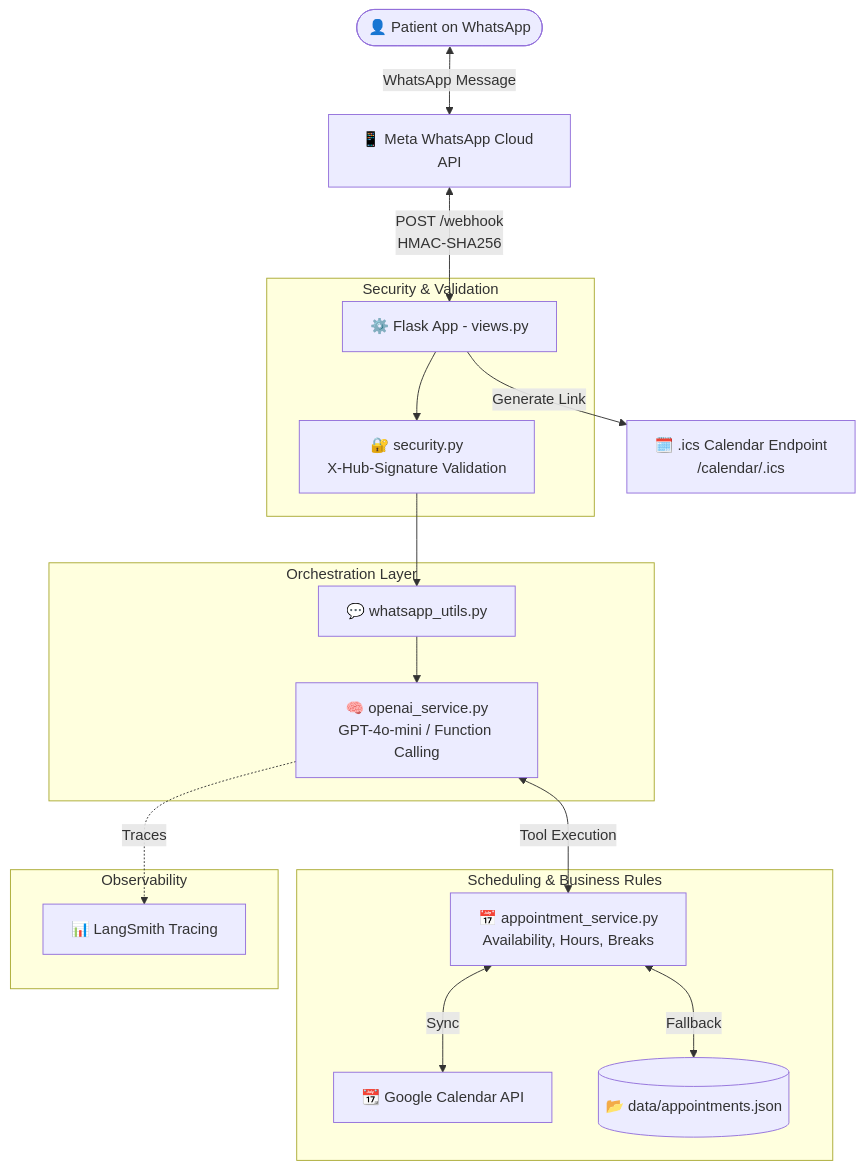
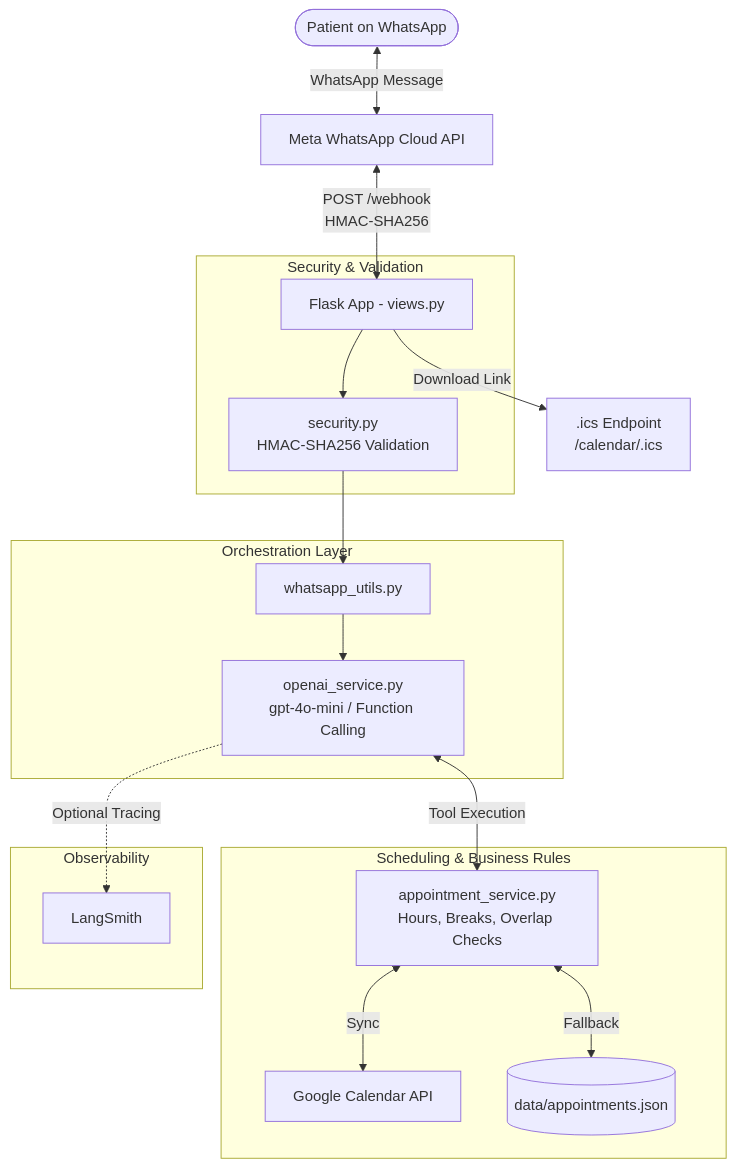
The diagram in README.md (kewingJ/whatsapp-dental-clinic-bot), drawn with Mermaid before and after one commit. The commit also changed other lines of this file and 6 other files, not shown here.

Commit message:
docs: polish README tone, add demo screenshot, standardize model to gpt-4o-mini and add unit tests

````diff
--- a/README.md
+++ b/README.md
@@ -32,26 +37,26 @@
 ```mermaid
 flowchart TD
-    User([👤 Patient on WhatsApp]) <-->|WhatsApp Message| Meta[📱 Meta WhatsApp Cloud API]
-    Meta <-->|POST /webhook\nHMAC-SHA256| Flask[⚙️ Flask App - views.py]
+    User([Patient on WhatsApp]) <-->|WhatsApp Message| Meta[Meta WhatsApp Cloud API]
+    Meta <-->|POST /webhook\nHMAC-SHA256| Flask[Flask App - views.py]
     
     subgraph Security & Validation
-        Flask --> Sec[🔐 security.py\nX-Hub-Signature Validation]
+        Flask --> Sec[security.py\nHMAC-SHA256 Validation]
     end
     
     subgraph Orchestration Layer
-        Sec --> Utils[💬 whatsapp_utils.py]
-        Utils --> AI[🧠 openai_service.py\nGPT-4o-mini / Function Calling]
+        Sec --> Utils[whatsapp_utils.py]
+        Utils --> AI[openai_service.py\ngpt-4o-mini / Function Calling]
     end
     
     subgraph Scheduling & Business Rules
-        AI <-->|Tool Execution| Logic[📅 appointment_service.py\nAvailability, Hours, Breaks]
-        Logic <-->|Sync| GCal[📆 Google Calendar API]
-        Logic <-->|Fallback| LocalDB[(📂 data/appointments.json)]
+        AI <-->|Tool Execution| Logic[appointment_service.py\nHours, Breaks, Overlap Checks]
+        Logic <-->|Sync| GCal[Google Calendar API]
+        Logic <-->|Fallback| LocalDB[(data/appointments.json)]
     end
     
     subgraph Observability
-        AI -.->|Traces| LS[📊 LangSmith Tracing]
+        AI -.->|Optional Tracing| LS[LangSmith]
     end
     
-    Flask -->|Generate Link| ICS[🗓️ .ics Calendar Endpoint\n/calendar/<id>.ics]
+    Flask -->|Download Link| ICS[.ics Endpoint\n/calendar/<id>.ics]
 ```
````
